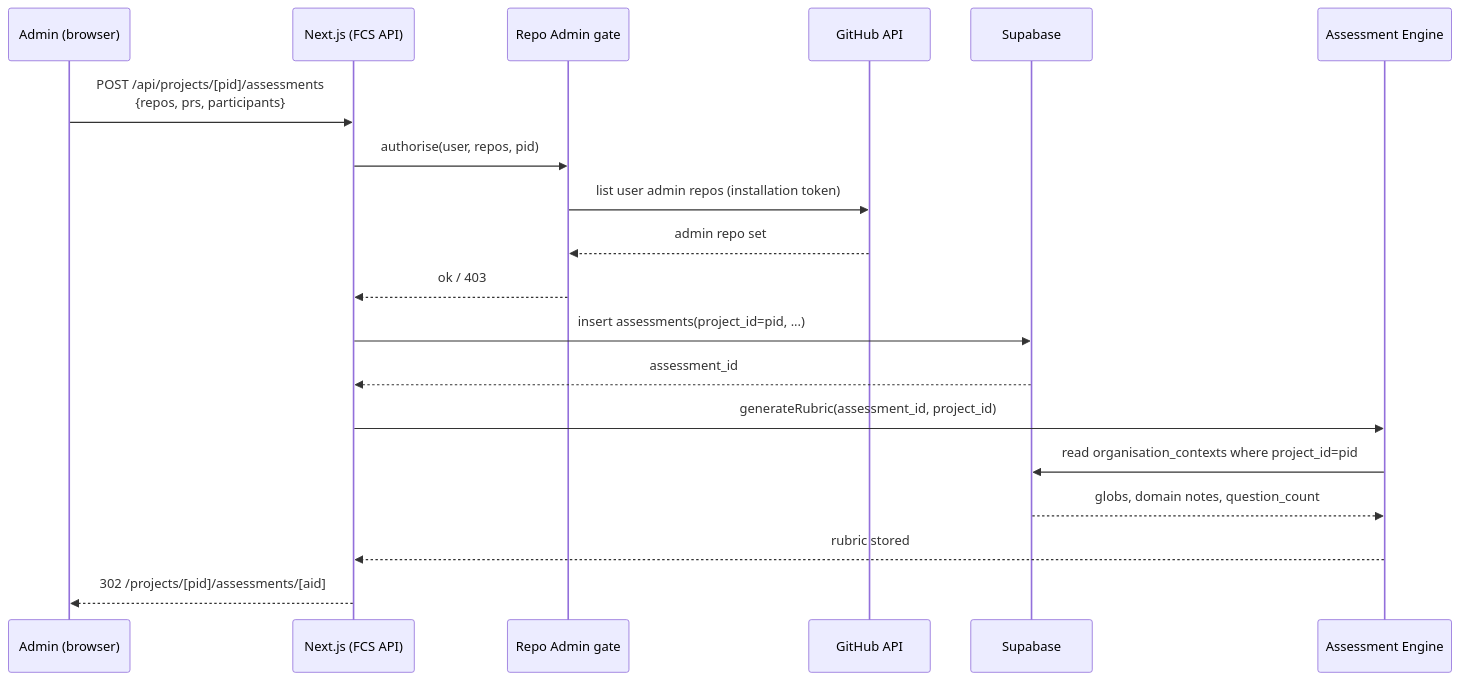
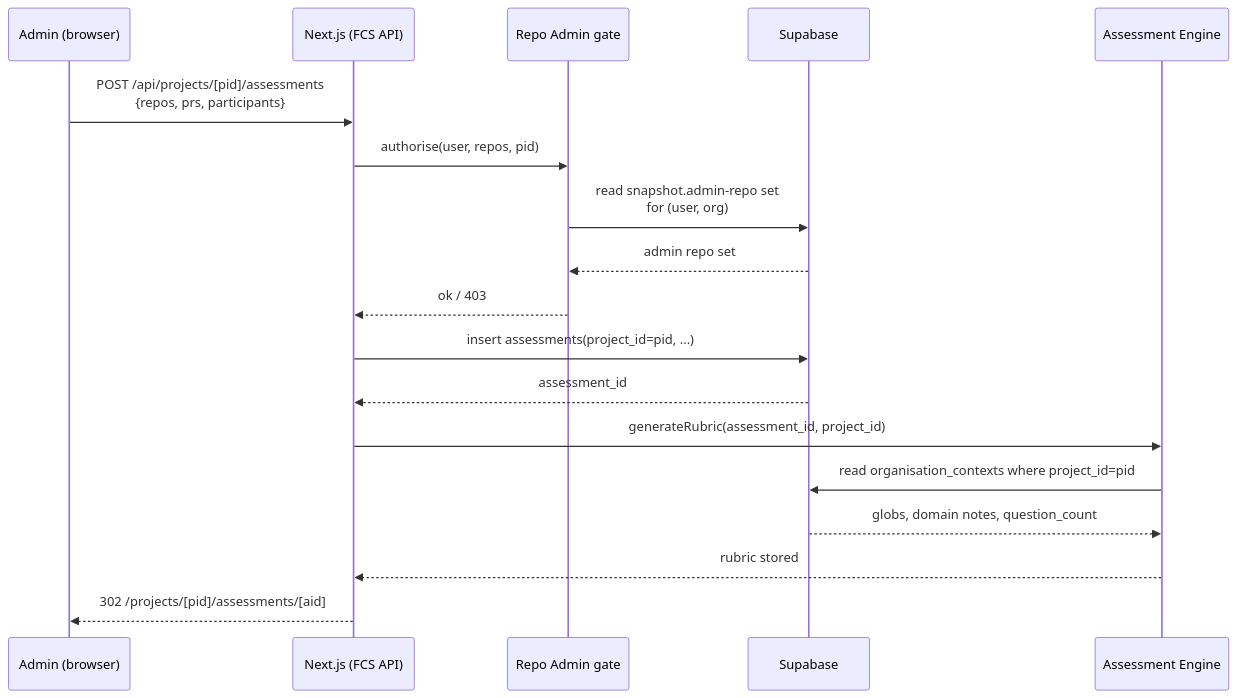
Before and after one commit to mironyx/feature-comprehension-score: the second of 4 diagrams in docs/design/v11-design.md, drawn with Mermaid. The commit also changed other lines of this file and 2 other files, not shown here.

Commit message:
docs: ADR-0029 + HLD + plan — drop fresh GitHub fetch on FCS create; one-tier snapshot model

````diff
--- a/docs/design/v11-design.md
+++ b/docs/design/v11-design.md
@@ -188,21 +188,20 @@
 ```mermaid
 sequenceDiagram
   participant U as Admin (browser)
   participant W as Next.js (FCS API)
   participant A as Repo Admin gate
-  participant G as GitHub API
   participant DB as Supabase
   participant E as Assessment Engine
   U->>W: POST /api/projects/[pid]/assessments<br/>{repos, prs, participants}
   W->>A: authorise(user, repos, pid)
-  A->>G: list user admin repos (installation token)
-  G-->>A: admin repo set
+  A->>DB: read snapshot.admin-repo set<br/>for (user, org)
+  DB-->>A: admin repo set
   A-->>W: ok / 403
   W->>DB: insert assessments(project_id=pid, ...)
   DB-->>W: assessment_id
   W->>E: generateRubric(assessment_id, project_id)
   E->>DB: read organisation_contexts where project_id=pid
   DB-->>E: globs, domain notes, question_count
   E-->>W: rubric stored
   W-->>U: 302 /projects/[pid]/assessments/[aid]
 ```
````
